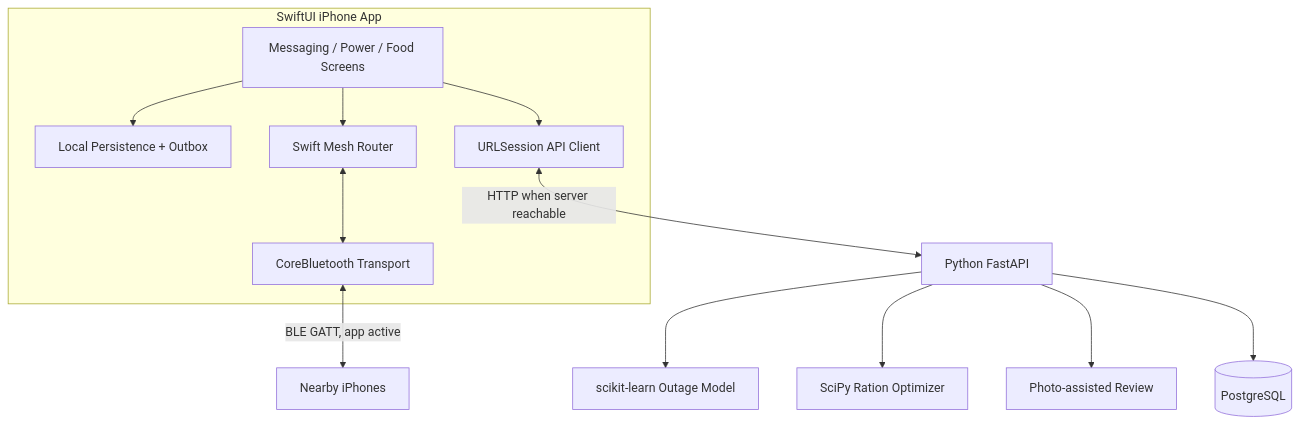
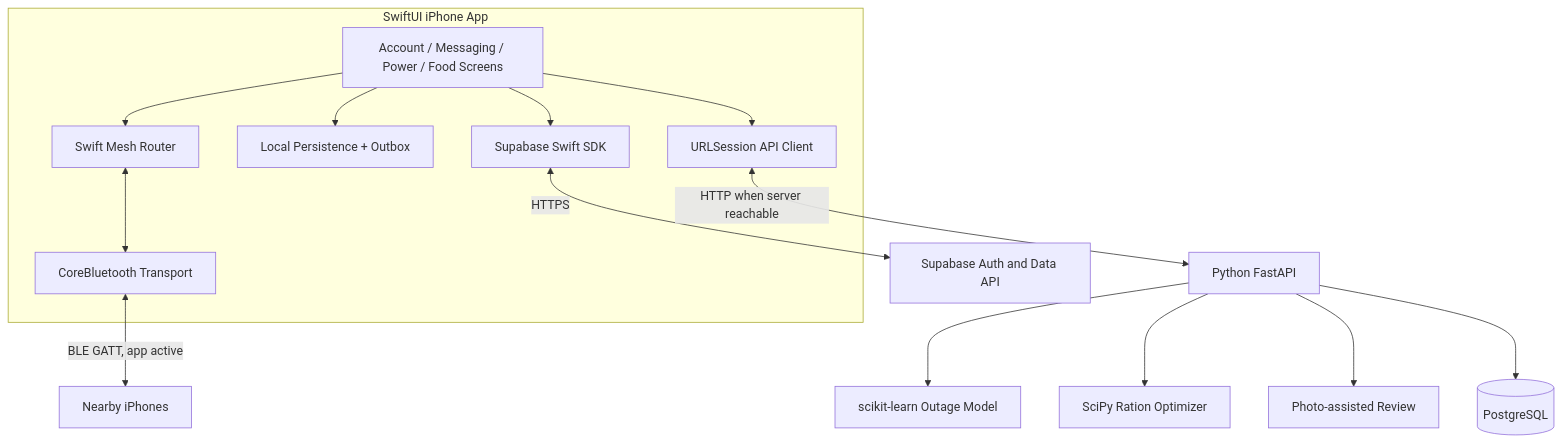
The first of 2 diagrams in README.md (Flickz-the-goat/mbbs), drawn with Mermaid before and after one commit. The commit also changed other lines of this file and 20 other files, not shown here.

````diff
--- a/README.md
+++ b/README.md
@@ -28,20 +28,23 @@
 ```mermaid
 flowchart TD
     subgraph iPhone[SwiftUI iPhone App]
-        UI[Messaging / Power / Food Screens]
+        UI[Account / Messaging / Power / Food Screens]
+        Accounts[Supabase Swift SDK]
+        UI --> Accounts
         Local[Local Persistence + Outbox]
         BLE[CoreBluetooth Transport]
         Router[Swift Mesh Router]
         API[URLSession API Client]
         UI --> Local
         UI --> Router
         Router <--> BLE
         UI --> API
     end
+    Accounts <-->|HTTPS| Supabase[Supabase Auth and Data API]
     BLE <-->|BLE GATT, app active| Peers[Nearby iPhones]
     API <-->|HTTP when server reachable| FastAPI[Python FastAPI]
     FastAPI --> Forecast[scikit-learn Outage Model]
     FastAPI --> Allocation[SciPy Ration Optimizer]
     FastAPI --> Vision[Photo-assisted Review]
     FastAPI --> DB[(PostgreSQL)]
 ```
````
